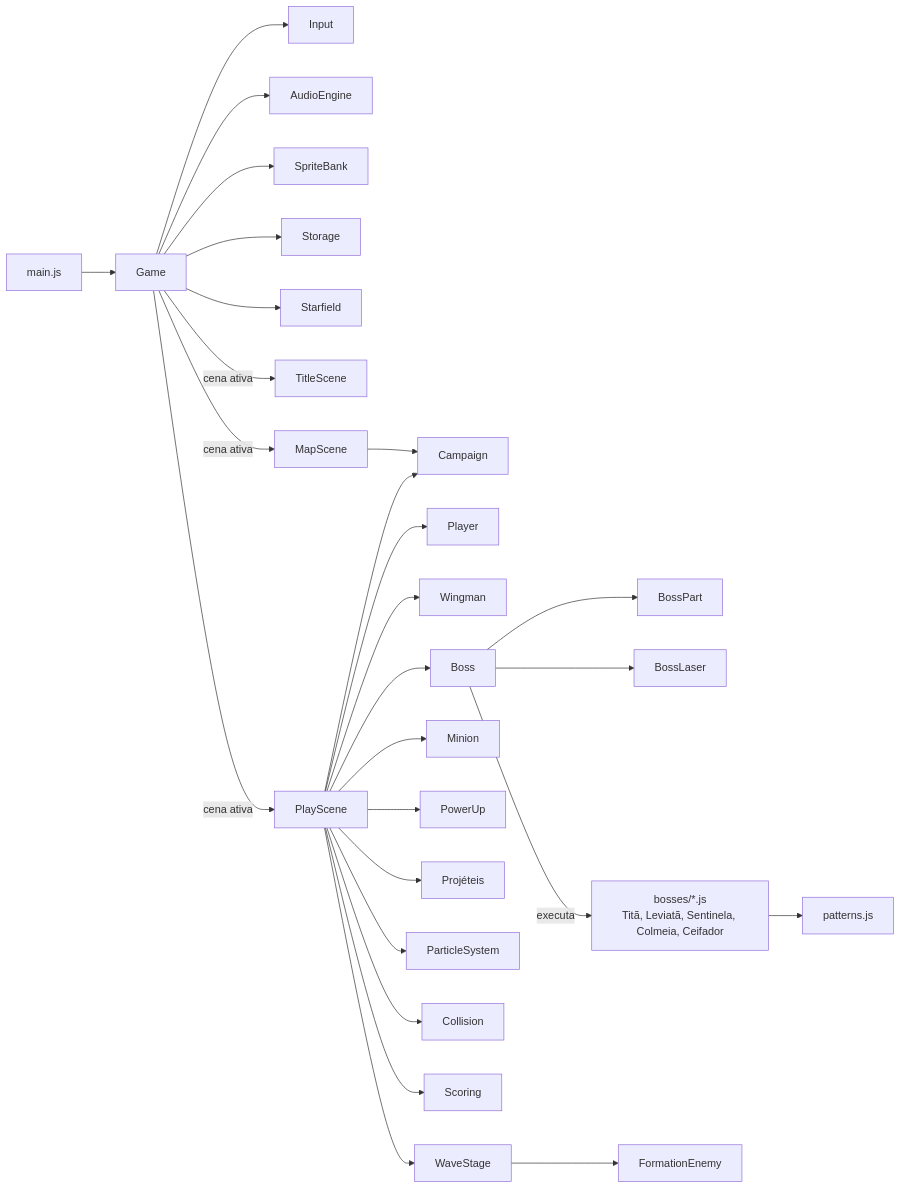
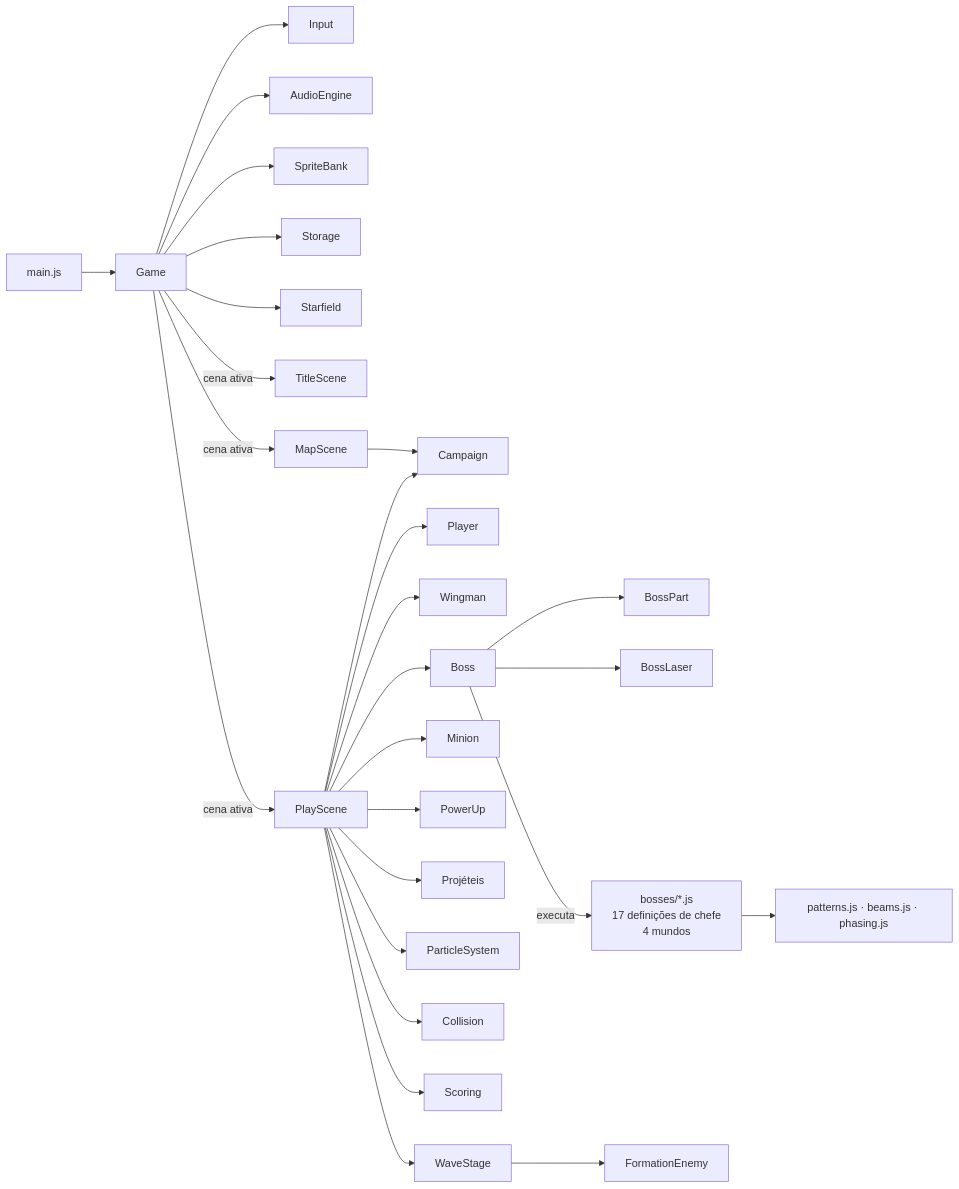
The diagram in README.md (n4nd00o/nebula-titan), drawn with Mermaid before and after one commit. The commit also changed other lines of this file and 47 other files, not shown here.

````diff
--- a/README.md
+++ b/README.md
@@ -226,16 +266,16 @@
 ```mermaid
 flowchart LR
     main[main.js] --> Game
     Game --> Input & AudioEngine & SpriteBank & Storage & Starfield
     Game -->|cena ativa| TitleScene
     Game -->|cena ativa| MapScene
     Game -->|cena ativa| PlayScene
     MapScene --> Campaign
     PlayScene --> Campaign
     PlayScene --> Player & Wingman & Boss & Minion & PowerUp & Projeteis[Projéteis]
     PlayScene --> ParticleSystem & Collision & Scoring
     Boss --> BossPart & BossLaser
     PlayScene --> WaveStage --> FormationEnemy
-    Boss -->|executa| Defs[bosses/*.js<br/>Titã, Leviatã, Sentinela, Colmeia, Ceifador]
-    Defs --> patterns[patterns.js]
+    Boss -->|executa| Defs[bosses/*.js<br/>17 definições de chefe<br/>4 mundos]
+    Defs --> patterns[patterns.js · beams.js · phasing.js]
 ```
````
